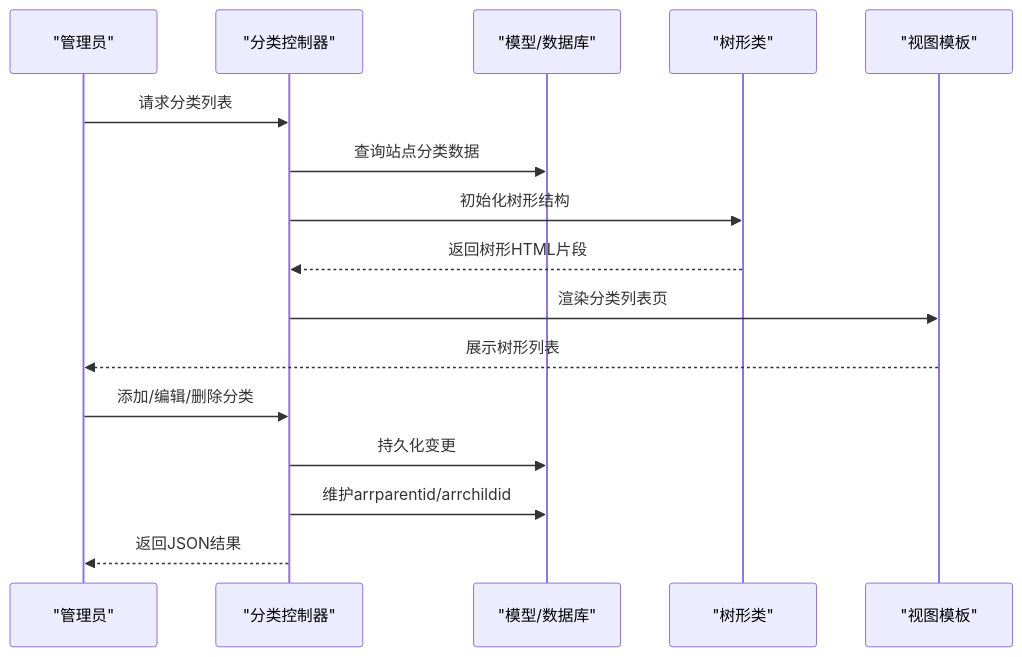
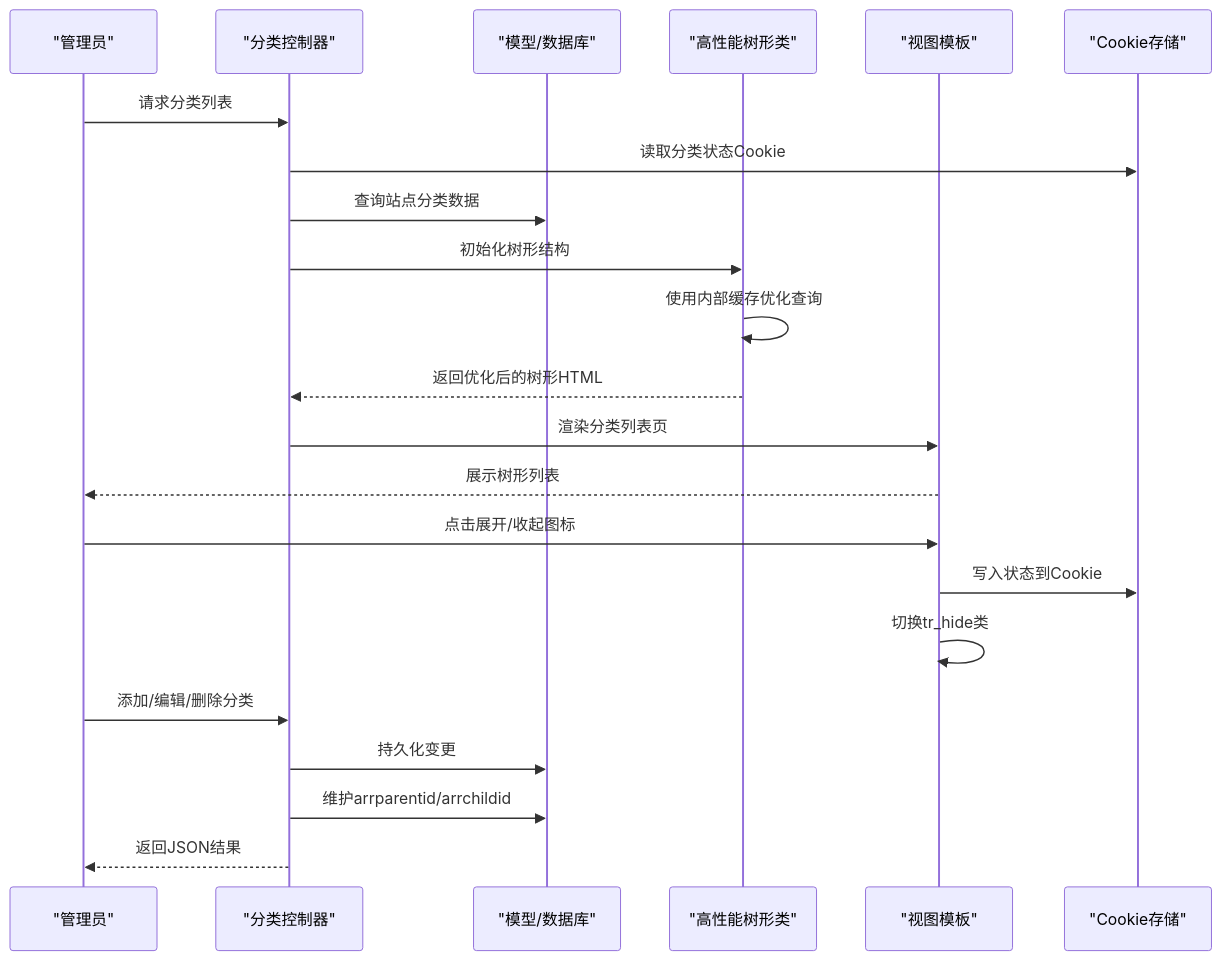
Before and after one commit to lirongyaoper/lryblog.com: the second of 8 diagrams in .qoder/repowiki/zh/content/系统架构/模块化设计/后台管理模块/分类管理.md, drawn with Mermaid. The commit also changed other lines of this file and 14 other files, not shown here.

````diff
--- a/.qoder/repowiki/zh/content/系统架构/模块化设计/后台管理模块/分类管理.md
+++ b/.qoder/repowiki/zh/content/系统架构/模块化设计/后台管理模块/分类管理.md
@@ -116,18 +124,24 @@
 ```mermaid
 sequenceDiagram
 participant U as "管理员"
 participant C as "分类控制器"
 participant M as "模型/数据库"
-participant T as "树形类"
+participant T as "高性能树形类"
 participant V as "视图模板"
+participant CK as "Cookie存储"
 U->>C : 请求分类列表
+C->>CK : 读取分类状态Cookie
 C->>M : 查询站点分类数据
 C->>T : 初始化树形结构
-T-->>C : 返回树形HTML片段
+T->>T : 使用内部缓存优化查询
+T-->>C : 返回优化后的树形HTML
 C->>V : 渲染分类列表页
 V-->>U : 展示树形列表
+U->>V : 点击展开/收起图标
+V->>CK : 写入状态到Cookie
+V->>V : 切换tr_hide类
 U->>C : 添加/编辑/删除分类
 C->>M : 持久化变更
 C->>M : 维护arrparentid/arrchildid
 C-->>U : 返回JSON结果
 ```
````
